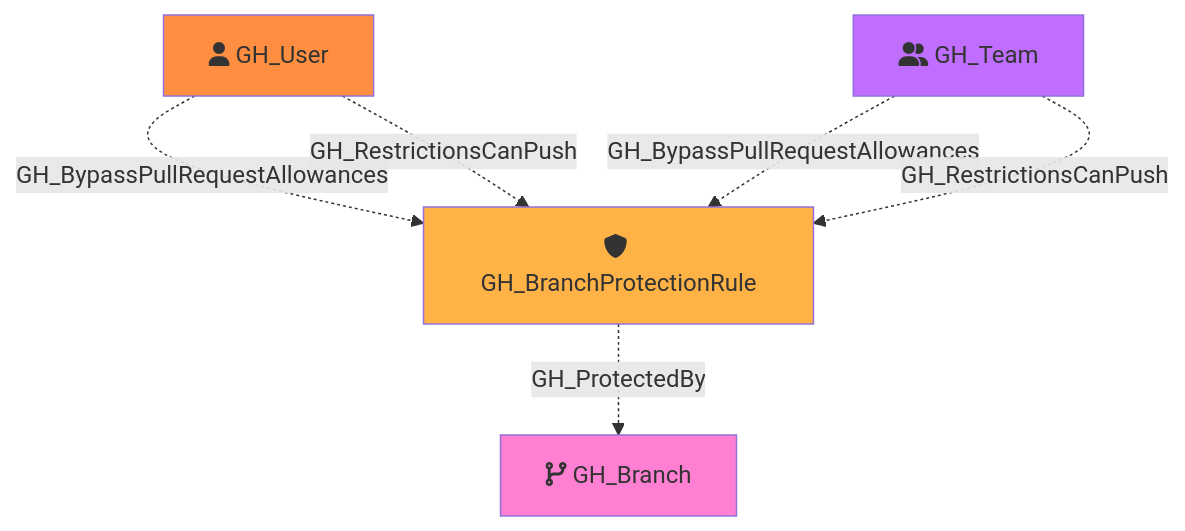
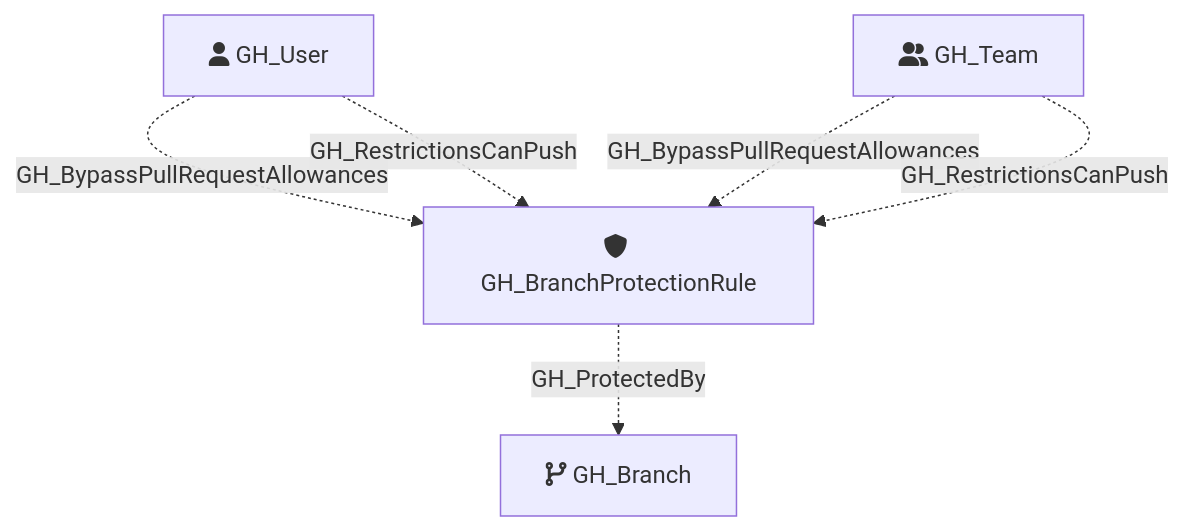
Before and after one commit to SpecterOps/GitHound: the diagram in Documentation/NodeDescriptions/GH_BranchProtectionRule.md, drawn with Mermaid. The commit also changed 23 other files, not shown here.

Commit message:
rm mermaid box colors

````diff
--- a/Documentation/NodeDescriptions/GH_BranchProtectionRule.md
+++ b/Documentation/NodeDescriptions/GH_BranchProtectionRule.md
@@ -50,18 +50,14 @@
 ```mermaid
 flowchart TD
     GH_BranchProtectionRule[fa:fa-shield GH_BranchProtectionRule]
     GH_Branch[fa:fa-code-branch GH_Branch]
     GH_User[fa:fa-user GH_User]
     GH_Team[fa:fa-user-group GH_Team]
 
-    style GH_BranchProtectionRule fill:#FFB347
-    style GH_Branch fill:#FF80D2
-    style GH_User fill:#FF8E40
-    style GH_Team fill:#C06EFF
 
     GH_User -.->|GH_BypassPullRequestAllowances| GH_BranchProtectionRule
     GH_Team -.->|GH_BypassPullRequestAllowances| GH_BranchProtectionRule
     GH_User -.->|GH_RestrictionsCanPush| GH_BranchProtectionRule
     GH_Team -.->|GH_RestrictionsCanPush| GH_BranchProtectionRule
     GH_BranchProtectionRule -.->|GH_ProtectedBy| GH_Branch
 ```
````
